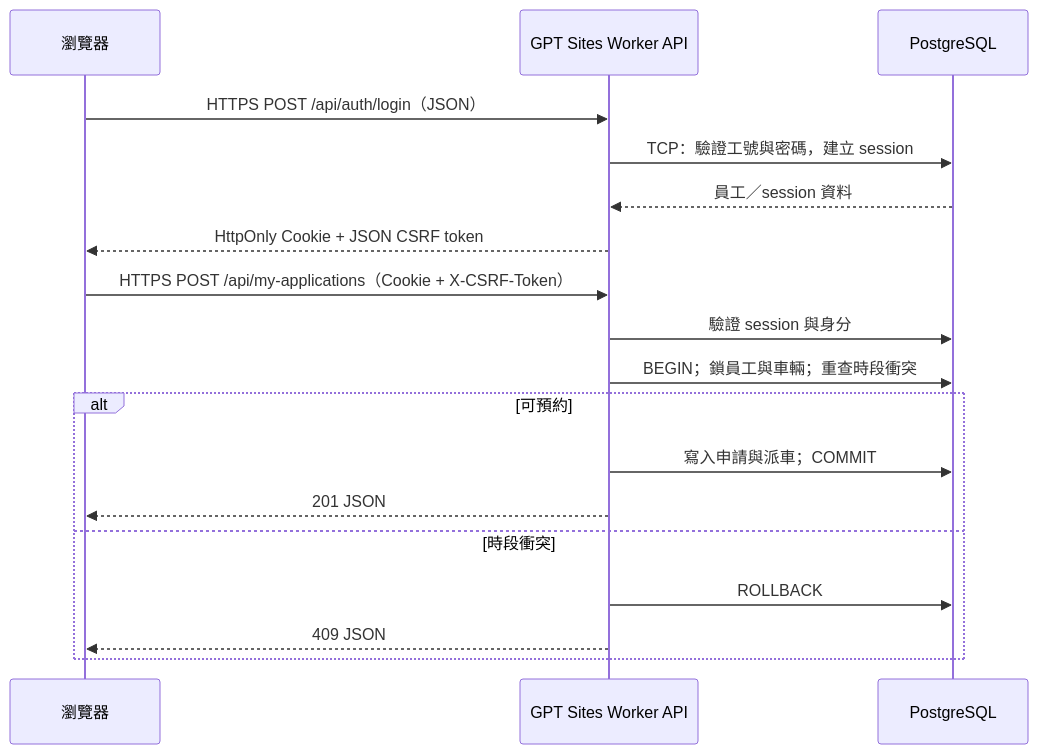
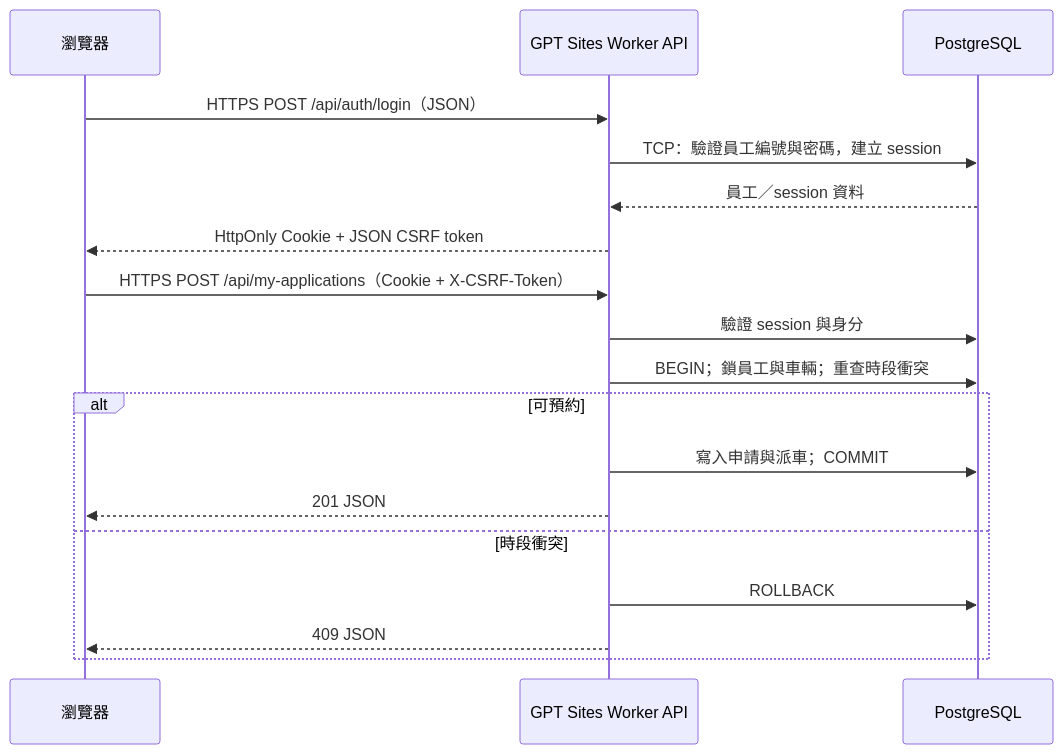
The second of 4 diagrams in docs/SYSTEM_ARCHITECTURE.md (Davidsuwj/fleetflow), drawn with Mermaid before and after one commit. The commit also changed other lines of this file and 39 other files, not shown here.

Commit message:
feat: unify employee identity and update ERD; sanitize deployment docs

````diff
--- a/docs/SYSTEM_ARCHITECTURE.md
+++ b/docs/SYSTEM_ARCHITECTURE.md
@@ -68,20 +68,20 @@
 ```mermaid
 sequenceDiagram
     participant B as 瀏覽器
     participant W as GPT Sites Worker API
     participant D as PostgreSQL
     B->>W: HTTPS POST /api/auth/login（JSON）
-    W->>D: TCP：驗證工號與密碼，建立 session
+    W->>D: TCP：驗證員工編號與密碼，建立 session
     D-->>W: 員工／session 資料
     W-->>B: HttpOnly Cookie + JSON CSRF token
     B->>W: HTTPS POST /api/my-applications（Cookie + X-CSRF-Token）
     W->>D: 驗證 session 與身分
     W->>D: BEGIN；鎖員工與車輛；重查時段衝突
     alt 可預約
         W->>D: 寫入申請與派車；COMMIT
         W-->>B: 201 JSON
     else 時段衝突
         W->>D: ROLLBACK
         W-->>B: 409 JSON
     end
 ```
````
